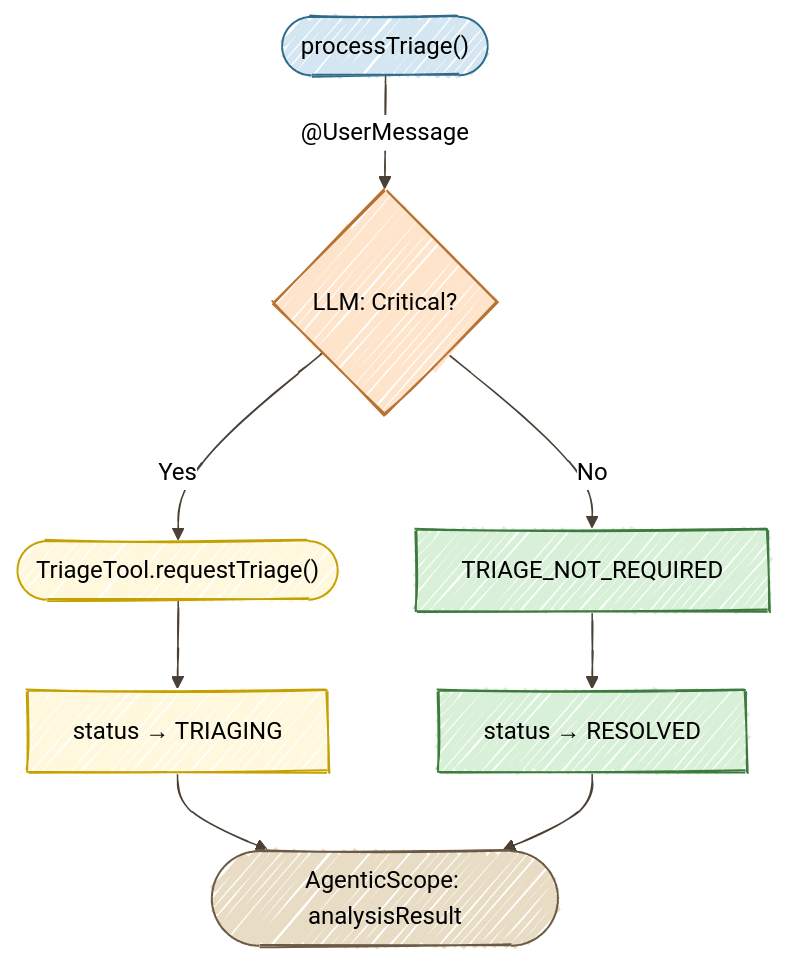
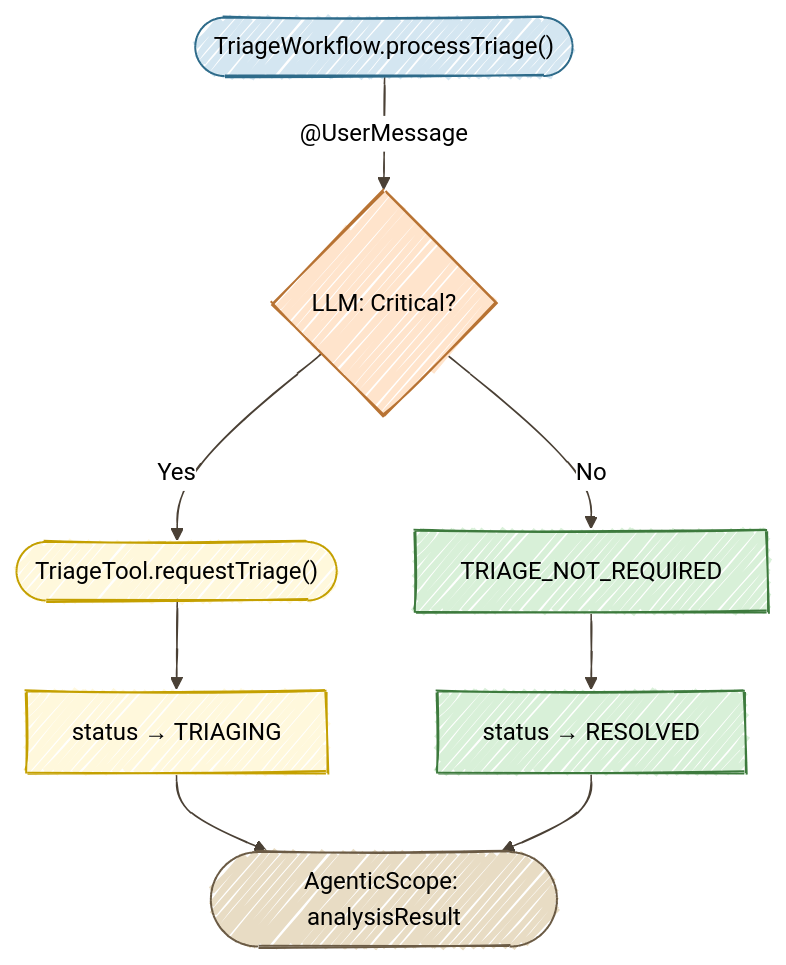
Before and after one commit to danieloh30/agentic-ai-java-workshop: the diagram in docs/01-first-agent/START_HERE.md, drawn with Mermaid. The commit also changed other lines of this file and 6 other files, not shown here.

````diff
--- a/docs/01-first-agent/START_HERE.md
+++ b/docs/01-first-agent/START_HERE.md
@@ -132,23 +156,23 @@
 ```mermaid
 %%{init: {'look':'handDrawn','theme':'neutral','themeVariables': {'lineColor':'#4A4035'}}}%%
 flowchart TD
-    A(["processTriage()"])
+    A(["TriageWorkflow.processTriage()"])
     B{"LLM: Critical?"}
     C(["TriageTool.requestTriage()"])
     D["status → TRIAGING"]
     E["TRIAGE_NOT_REQUIRED"]
     F["status → RESOLVED"]
     G(["AgenticScope: analysisResult"])
 
     A -->|"@UserMessage"| B
     B -->|Yes| C --> D --> G
     B -->|No| E --> F --> G
 
     style A fill:#D4E6F1,stroke:#2E6B8A
     style B fill:#FFE4CC,stroke:#B87333
     style C fill:#FFF8DC,stroke:#C4A000
     style D fill:#FFF8DC,stroke:#C4A000
     style E fill:#D8F0D8,stroke:#3D7A3D
     style F fill:#D8F0D8,stroke:#3D7A3D
     style G fill:#E8DCC4,stroke:#6B5B45
 ```
````
